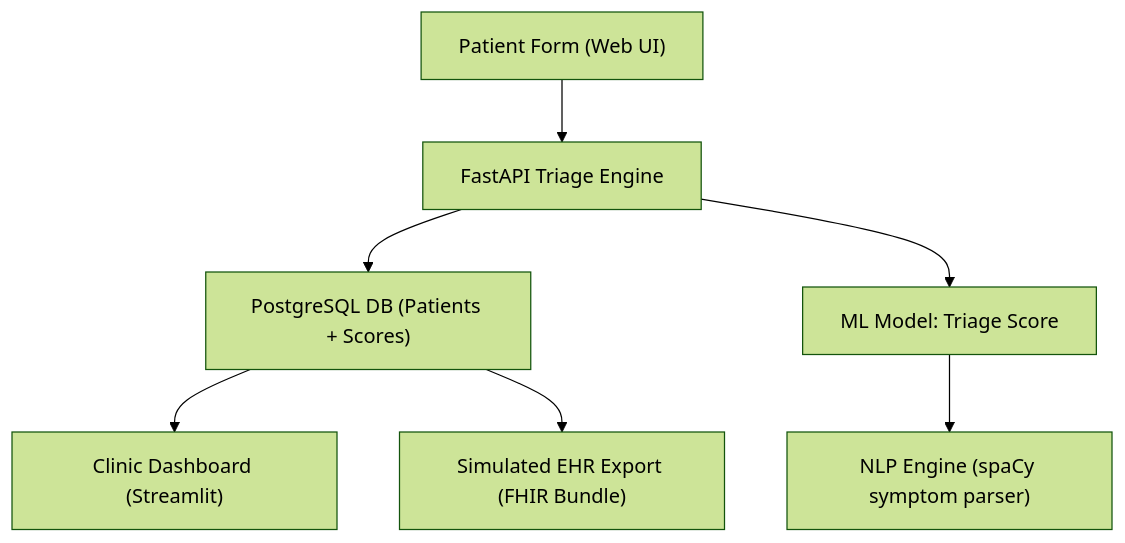
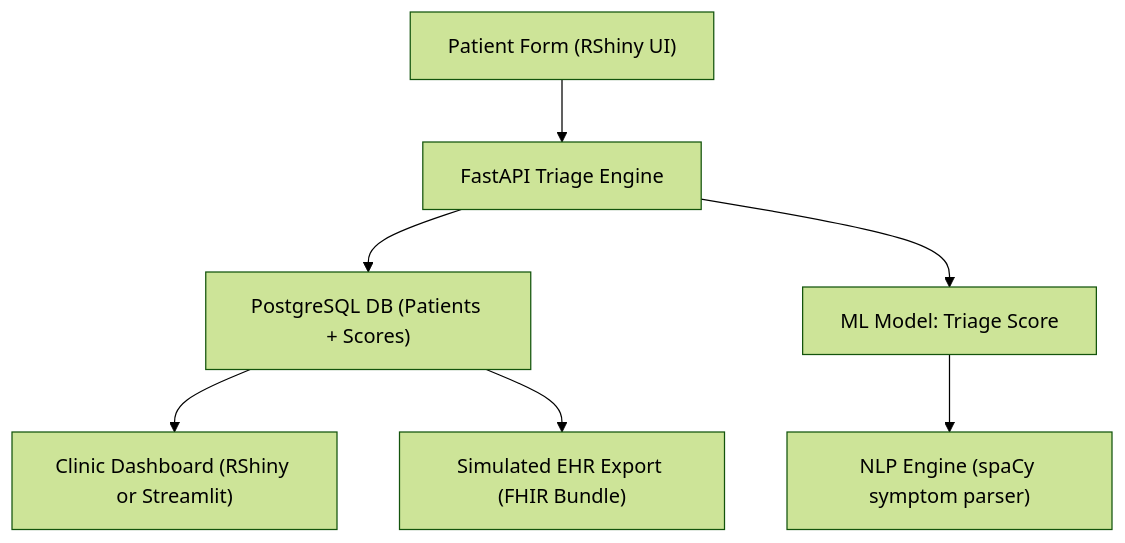
The diagram in README.md (emcdo411/ai-patient-intake-case-study), drawn with Mermaid (forest theme) before and after one commit. The commit also changed other lines of this file, not shown here.

````diff
--- a/README.md
+++ b/README.md
@@ -38,9 +38,9 @@
 ```mermaid
 graph TD;
-  A["Patient Form (Web UI)"] --> B["FastAPI Triage Engine"]
+  A["Patient Form (RShiny UI)"] --> B["FastAPI Triage Engine"]
   B --> C["PostgreSQL DB (Patients + Scores)"]
   B --> D["ML Model: Triage Score"]
   D --> E["NLP Engine (spaCy symptom parser)"]
-  C --> F["Clinic Dashboard (Streamlit)"]
+  C --> F["Clinic Dashboard (RShiny or Streamlit)"]
   C --> G["Simulated EHR Export (FHIR Bundle)"]
 ```
````
